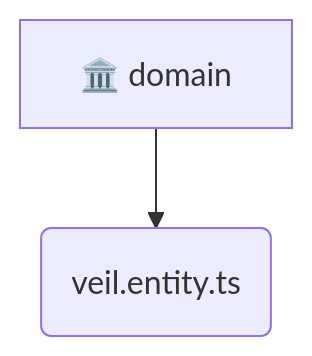
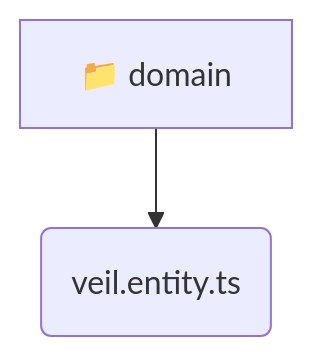
One commit to beginwebdev2002/fullstack-mavluda changed the diagram in backend/src/modules/veil/domain/README.md. Above: the diagram before and after it, drawn with Mermaid. The commit also changed other lines of this file and 155 other files, not shown here.

````diff
--- a/backend/src/modules/veil/domain/README.md
+++ b/backend/src/modules/veil/domain/README.md
@@ -9,5 +9,5 @@
 ```mermaid
 graph TD
-  domain[🏛️ domain]
-  domain --> veil_entity_ts(veil.entity.ts)
+  domain[📁 domain]
+  domain --> domain_veil_entity_ts(veil.entity.ts)
 ```
````
